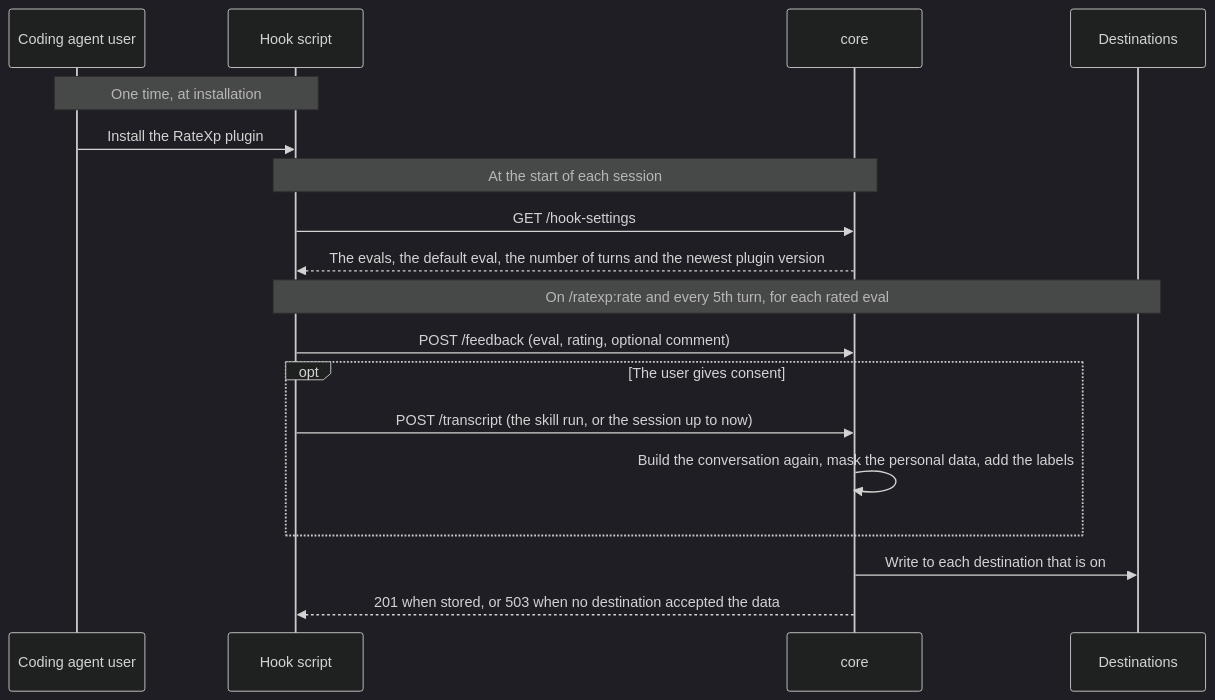
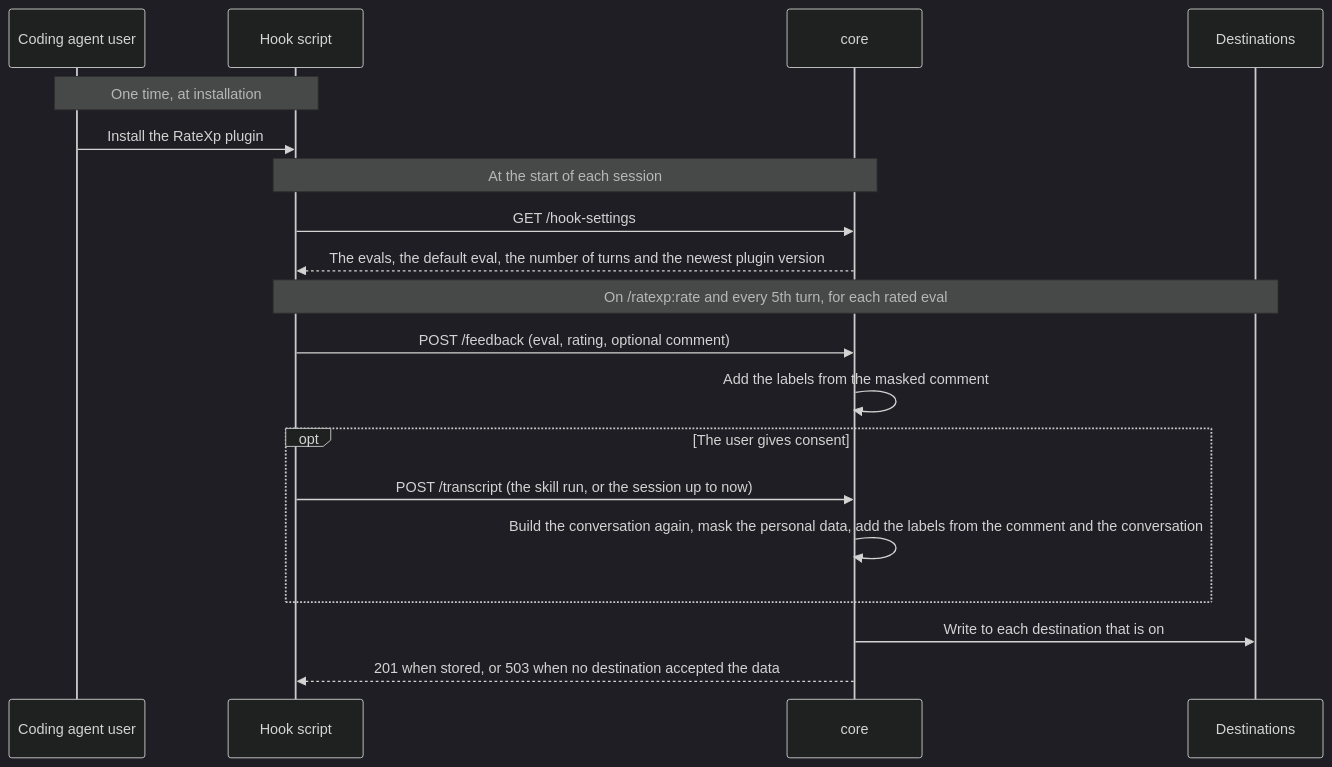
The diagram in README.md (HikmetB1/RateXp), drawn with Mermaid (dark theme) before and after one commit. The commit also changed other lines of this file and 82 other files, not shown here.

````diff
--- a/README.md
+++ b/README.md
@@ -229,23 +230,24 @@
 ```mermaid
 sequenceDiagram
     participant A as Coding agent user
     participant H as Hook script
     participant C as core
     participant D as Destinations
 
     Note over A,H: One time, at installation
     A->>H: Install the RateXp plugin
 
     Note over H,C: At the start of each session
     H->>C: GET /hook-settings
     C-->>H: The evals, the default eval, the number of turns and the newest plugin version
 
     Note over H,D: On /ratexp:rate and every 5th turn, for each rated eval
     H->>C: POST /feedback (eval, rating, optional comment)
+    C->>C: Add the labels from the masked comment
     opt The user gives consent
         H->>C: POST /transcript (the skill run, or the session up to now)
-        C->>C: Build the conversation again, mask the personal data, add the labels
+        C->>C: Build the conversation again, mask the personal data, add the labels from the comment and the conversation
     end
     C->>D: Write to each destination that is on
     C-->>H: 201 when stored, or 503 when no destination accepted the data
 ```
````
